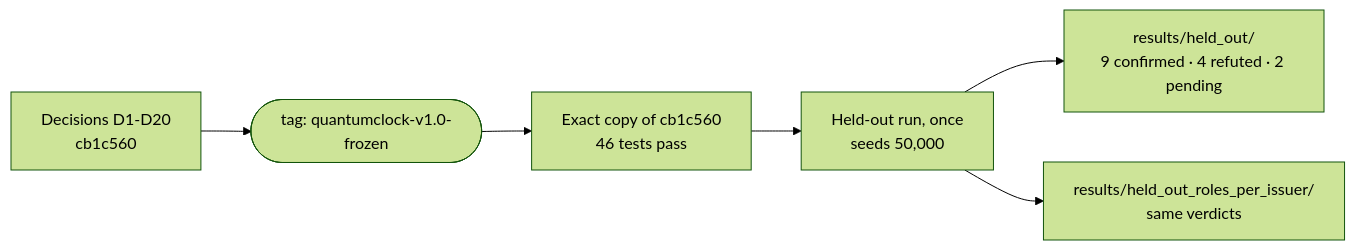
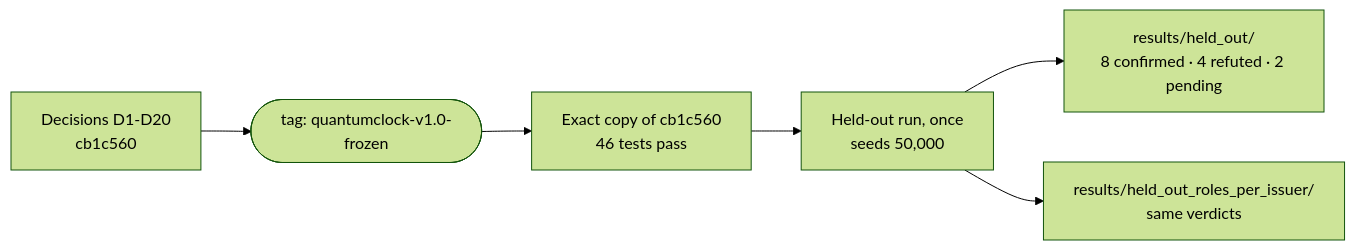
One commit to FahdSaif/RWA-Asset-tokenization changed the diagram in rwa-quantumclock/docs/steps/07_held_out.md. Above: the diagram before and after it, drawn with Mermaid (forest theme). The commit also changed other lines of this file and 12 other files, not shown here.

Commit message:
AI runs on frozen code: H10 refuted, H13 refuted (all 14 decided: 8 confirmed, 6 refuted); step 8; page 7 count corrected

````diff
--- a/rwa-quantumclock/docs/steps/07_held_out.md
+++ b/rwa-quantumclock/docs/steps/07_held_out.md
@@ -26,8 +26,8 @@
 ```mermaid
 flowchart LR
     A["Decisions D1-D20<br/>cb1c560"] --> B(["tag: quantumclock-v1.0-frozen"])
     B --> C["Exact copy of cb1c560<br/>46 tests pass"]
     C --> D["Held-out run, once<br/>seeds 50,000"]
-    D --> E["results/held_out/<br/>9 confirmed · 4 refuted · 2 pending"]
+    D --> E["results/held_out/<br/>8 confirmed · 4 refuted · 2 pending"]
     D --> F["results/held_out_roles_per_issuer/<br/>same verdicts"]
 ```
````
